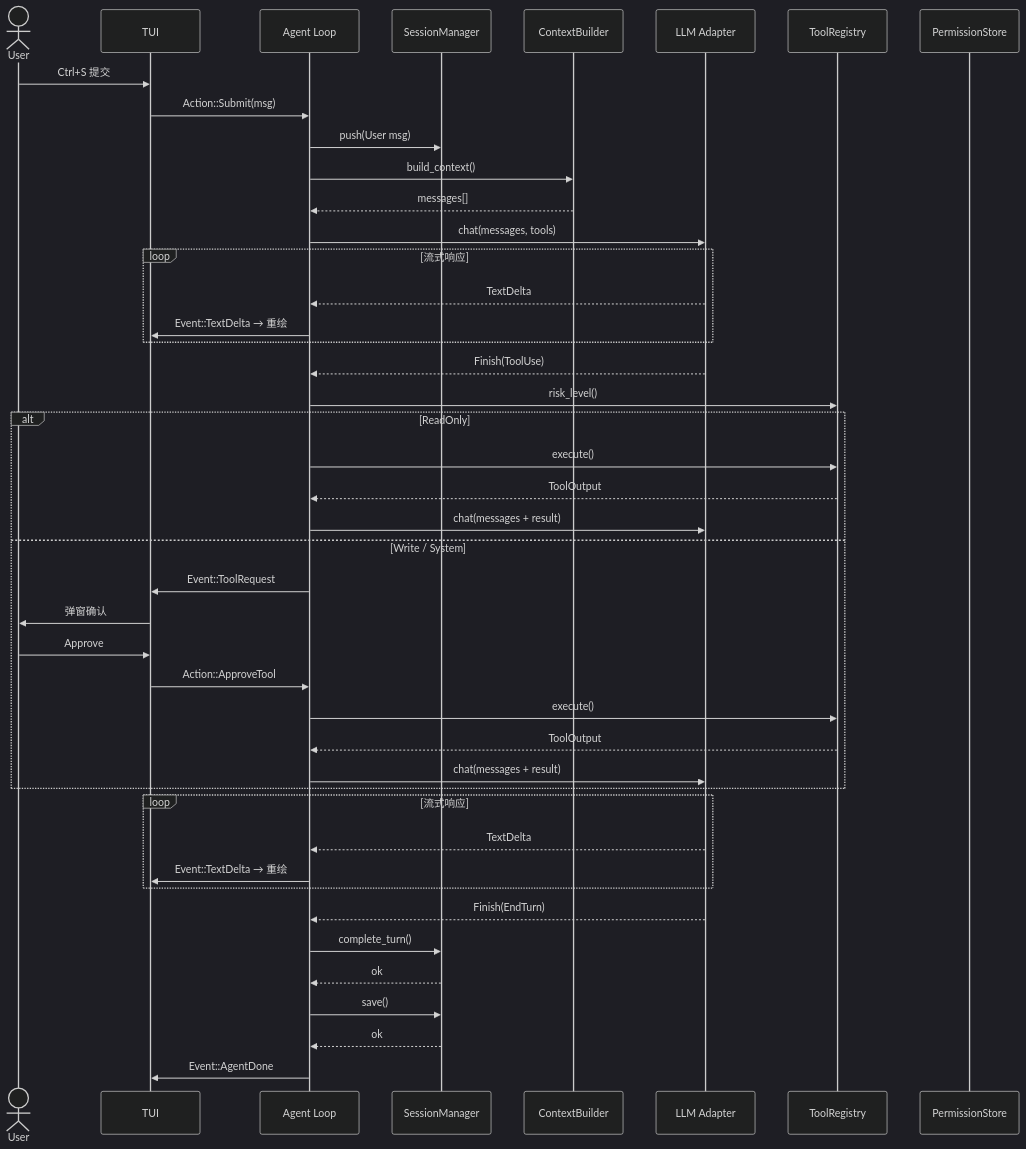
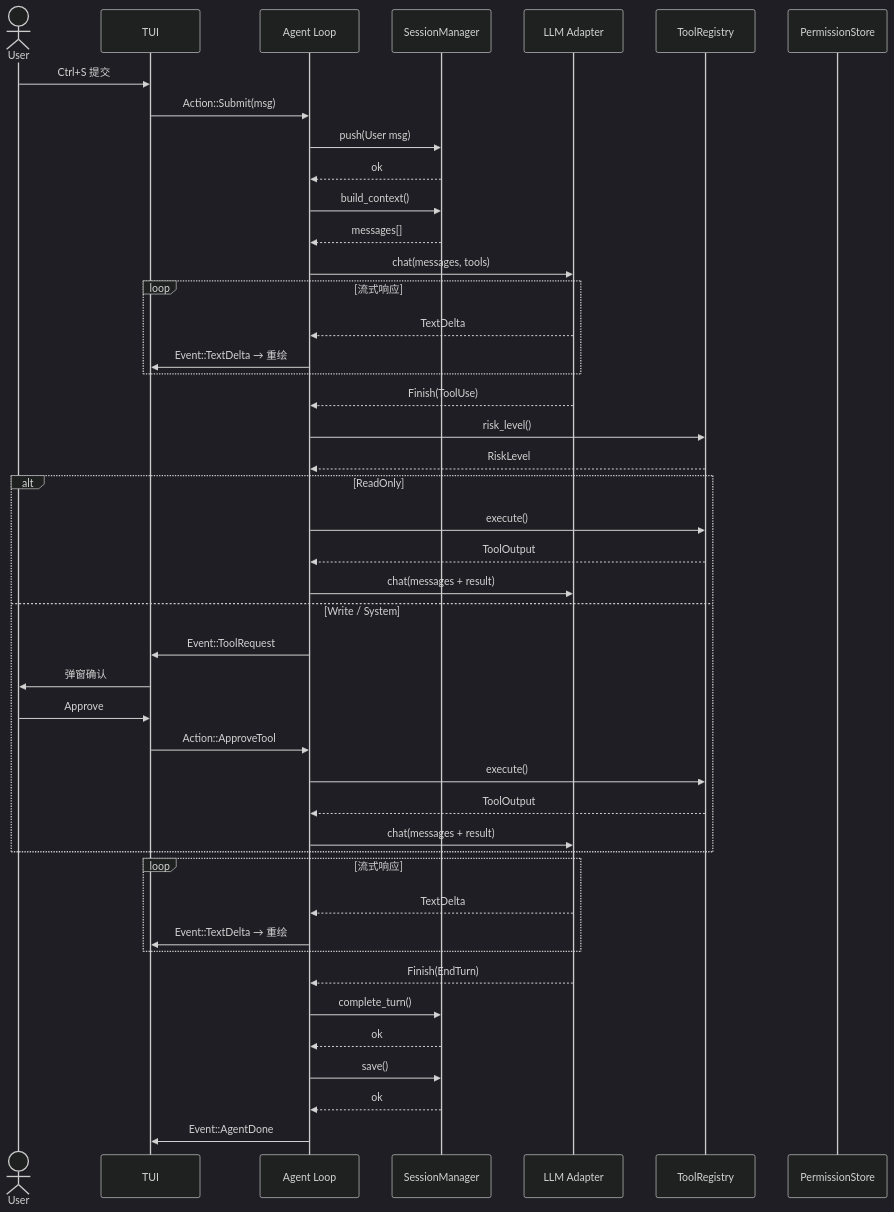
One commit to CheneyYin/emergence changed diagram 12 of 14 in docs/superpowers/specs/2026-05-04-emergence-design.md. Above: the diagram before and after it, drawn with Mermaid (dark theme). The commit also changed other lines of this file, not shown here.

````diff
--- a/docs/superpowers/specs/2026-05-04-emergence-design.md
+++ b/docs/superpowers/specs/2026-05-04-emergence-design.md
@@ -757,52 +859,53 @@
 ```mermaid
 sequenceDiagram
     actor User
     participant TUI as TUI
     participant App as Agent Loop
     participant SM as SessionManager
-    participant CB as ContextBuilder
     participant LLM as LLM Adapter
     participant TR as ToolRegistry
     participant PS as PermissionStore
 
     User->>TUI: Ctrl+S 提交
     TUI->>App: Action::Submit(msg)
     App->>SM: push(User msg)
-    App->>CB: build_context()
-    CB-->>App: messages[]
+    SM-->>App: ok
+    App->>SM: build_context()
+    SM-->>App: messages[]
     App->>LLM: chat(messages, tools)
 
     loop 流式响应
         LLM-->>App: TextDelta
         App->>TUI: Event::TextDelta → 重绘
     end
 
     LLM-->>App: Finish(ToolUse)
     App->>TR: risk_level()
+    TR-->>App: RiskLevel
 
     alt ReadOnly
         App->>TR: execute()
         TR-->>App: ToolOutput
         App->>LLM: chat(messages + result)
     else Write / System
         App->>TUI: Event::ToolRequest
         TUI->>User: 弹窗确认
         User->>TUI: Approve
         TUI->>App: Action::ApproveTool
         App->>TR: execute()
         TR-->>App: ToolOutput
         App->>LLM: chat(messages + result)
     end
 
     loop 流式响应
         LLM-->>App: TextDelta
         App->>TUI: Event::TextDelta → 重绘
     end
 
     LLM-->>App: Finish(EndTurn)
     App->>SM: complete_turn()
     SM-->>App: ok
     App->>SM: save()
     SM-->>App: ok
     App->>TUI: Event::AgentDone
 ```
````
